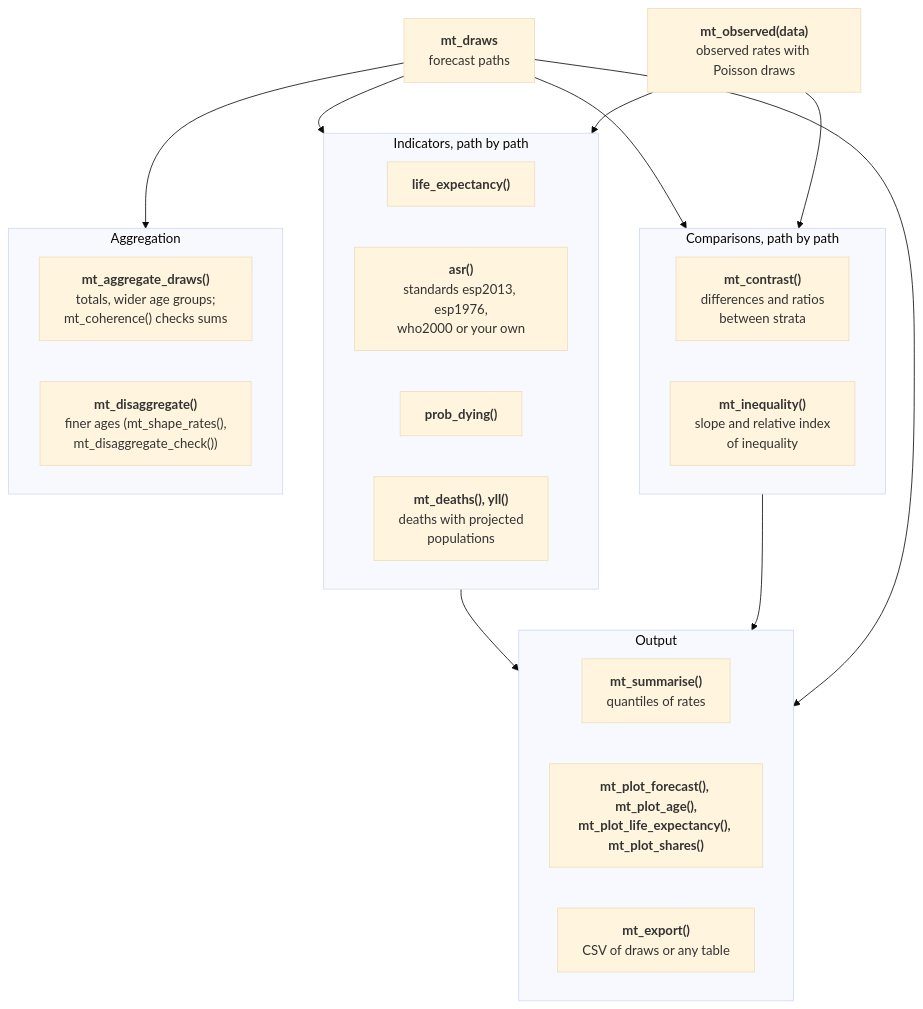
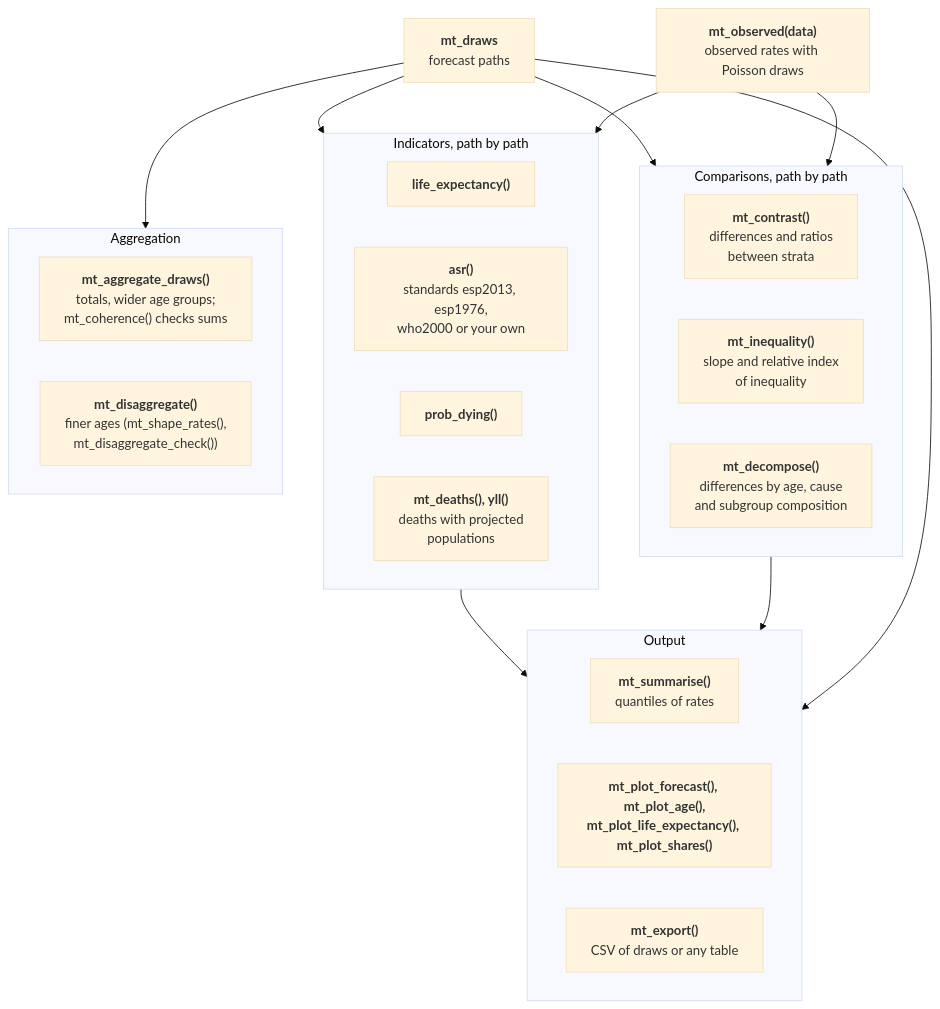
One commit to kalleEF/mortensor changed the fifth of 5 diagrams in vignettes/articles/function-map.Rmd. Above: the diagram before and after it, drawn with Mermaid (base theme). The commit also changed other lines of this file and 18 other files, not shown here.

First line of the commit message:
Decomposition by age, cause and subgroup as post-processing

````diff
--- a/vignettes/articles/function-map.Rmd
+++ b/vignettes/articles/function-map.Rmd
@@ -195,53 +195,56 @@
 ```mermaid
 flowchart TD
   P["`**mt_draws**
   forecast paths`"]
   O["`**mt_observed(data)**
   observed rates with Poisson draws`"]
   subgraph IND["Indicators, path by path"]
     direction LR
     I1["`**life_expectancy()**`"]
     I2["`**asr()**
     standards esp2013, esp1976,
     who2000 or your own`"]
     I3["`**prob_dying()**`"]
     I4["`**mt_deaths(), yll()**
     deaths with projected
     populations`"]
   end
   subgraph COMP["Comparisons, path by path"]
     direction LR
     C1["`**mt_contrast()**
     differences and ratios
     between strata`"]
     C2["`**mt_inequality()**
     slope and relative index
     of inequality`"]
+    C3["`**mt_decompose()**
+    differences by age, cause
+    and subgroup composition`"]
   end
   subgraph AGG["Aggregation"]
     direction LR
     G1["`**mt_aggregate_draws()**
     totals, wider age groups;
     mt_coherence() checks sums`"]
     G2["`**mt_disaggregate()**
     finer ages (mt_shape_rates(),
     mt_disaggregate_check())`"]
   end
   subgraph OUT["Output"]
     direction LR
     X1["`**mt_summarise()**
     quantiles of rates`"]
     X2["`**mt_plot_forecast(), mt_plot_age(),
     mt_plot_life_expectancy(), mt_plot_shares()**`"]
     X3["`**mt_export()**
     CSV of draws or any table`"]
   end
   P --> AGG
   P --> IND
   O --> IND
   P --> COMP
   O --> COMP
   IND --> OUT
   COMP --> OUT
   P --> OUT
 ```
````
